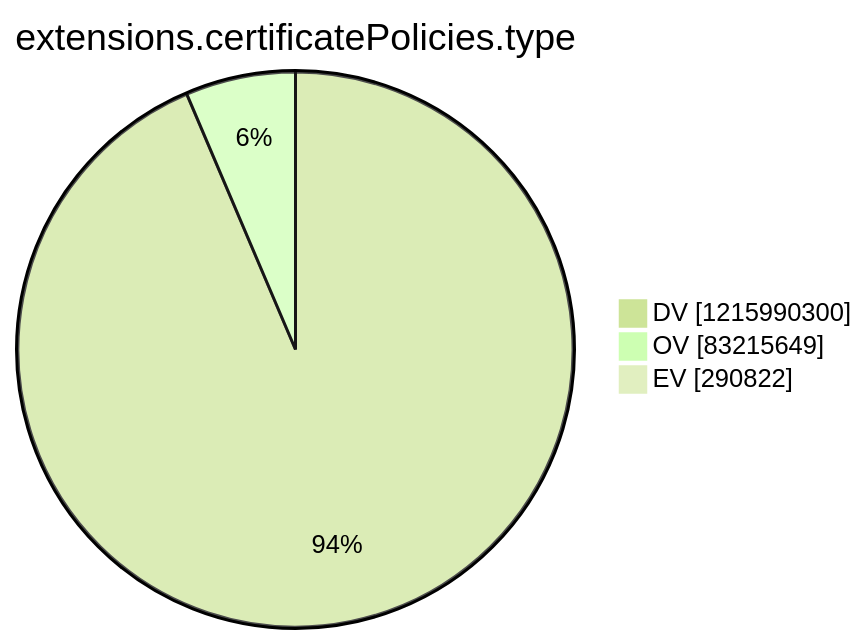
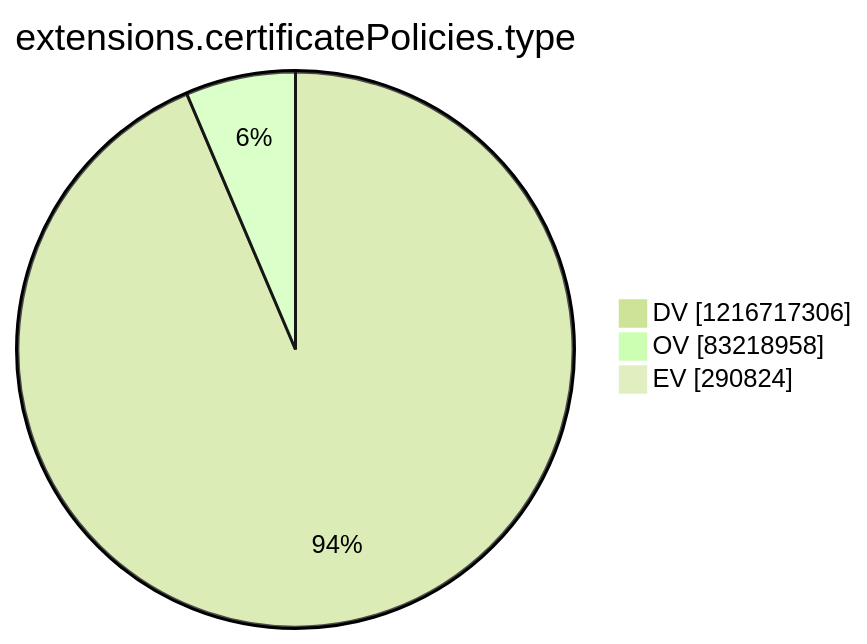
The tenth of 15 diagrams in argon2022/README.md (christiankrug/ctmonitor_visualization), drawn with Mermaid (forest theme) before and after one commit. The commit also changed other lines of this file, not shown here.

````diff
--- a/argon2022/README.md
+++ b/argon2022/README.md
@@ -2769,7 +2769,7 @@
 ```mermaid
 pie showData
 title extensions.certificatePolicies.type
-"DV" :1215990300
-"OV" :83215649
-"EV" :290822
+"DV" :1216717306
+"OV" :83218958
+"EV" :290824
 ```
````
